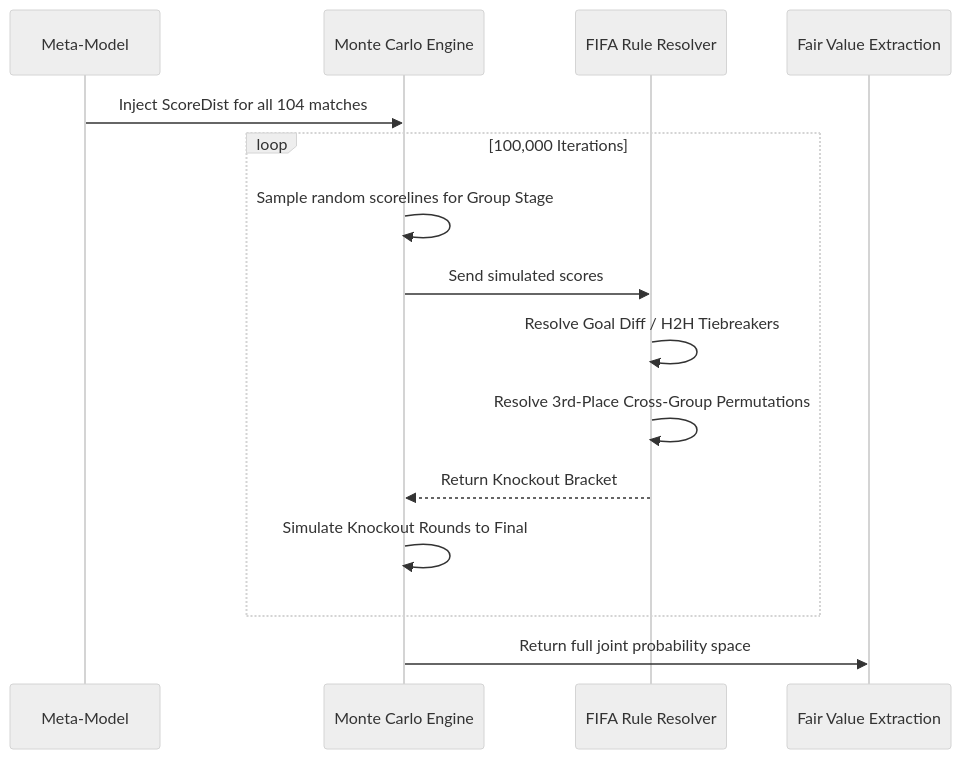
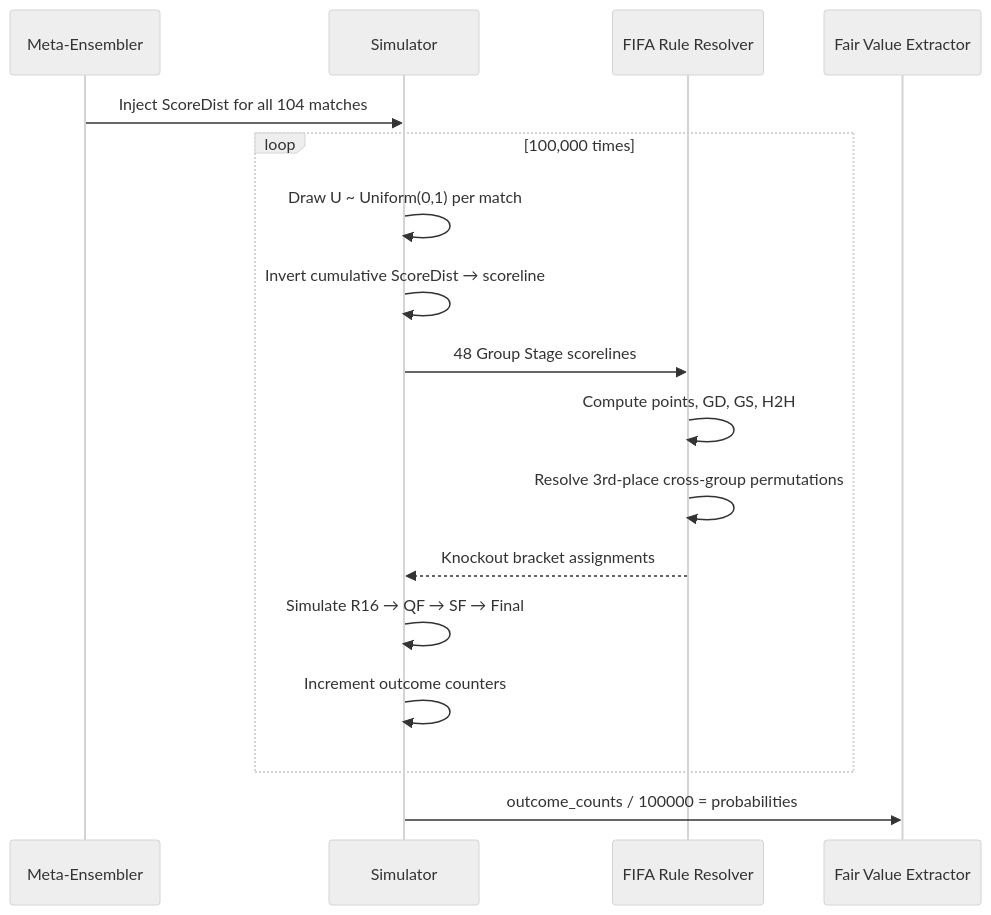
Before and after one commit to shreejitverma/wc2026-quant-prediction-system: the fourth of 5 diagrams in docs/architecture.md, drawn with Mermaid (neutral theme). The commit also changed other lines of this file and 8 other files, not shown here.

````diff
--- a/docs/architecture.md
+++ b/docs/architecture.md
@@ -94,18 +187,22 @@
 ```mermaid
 sequenceDiagram
-    participant MM as Meta-Model
-    participant Sim as Monte Carlo Engine
-    participant Rules as FIFA Rule Resolver
-    participant FV as Fair Value Extraction
-    
+    participant MM as Meta-Ensembler
+    participant Sim as Simulator
+    participant FIFA as FIFA Rule Resolver
+    participant FV as Fair Value Extractor
+
     MM->>Sim: Inject ScoreDist for all 104 matches
-    loop 100,000 Iterations
-        Sim->>Sim: Sample random scorelines for Group Stage
-        Sim->>Rules: Send simulated scores
-        Rules->>Rules: Resolve Goal Diff / H2H Tiebreakers
-        Rules->>Rules: Resolve 3rd-Place Cross-Group Permutations
-        Rules-->>Sim: Return Knockout Bracket
-        Sim->>Sim: Simulate Knockout Rounds to Final
+
+    loop 100,000 times
+        Sim->>Sim: Draw U ~ Uniform(0,1) per match
+        Sim->>Sim: Invert cumulative ScoreDist → scoreline
+        Sim->>FIFA: 48 Group Stage scorelines
+        FIFA->>FIFA: Compute points, GD, GS, H2H
+        FIFA->>FIFA: Resolve 3rd-place cross-group permutations
+        FIFA-->>Sim: Knockout bracket assignments
+        Sim->>Sim: Simulate R16 → QF → SF → Final
+        Sim->>Sim: Increment outcome counters
     end
-    Sim->>FV: Return full joint probability space
+
+    Sim->>FV: outcome_counts / 100000 = probabilities
 ```
````
